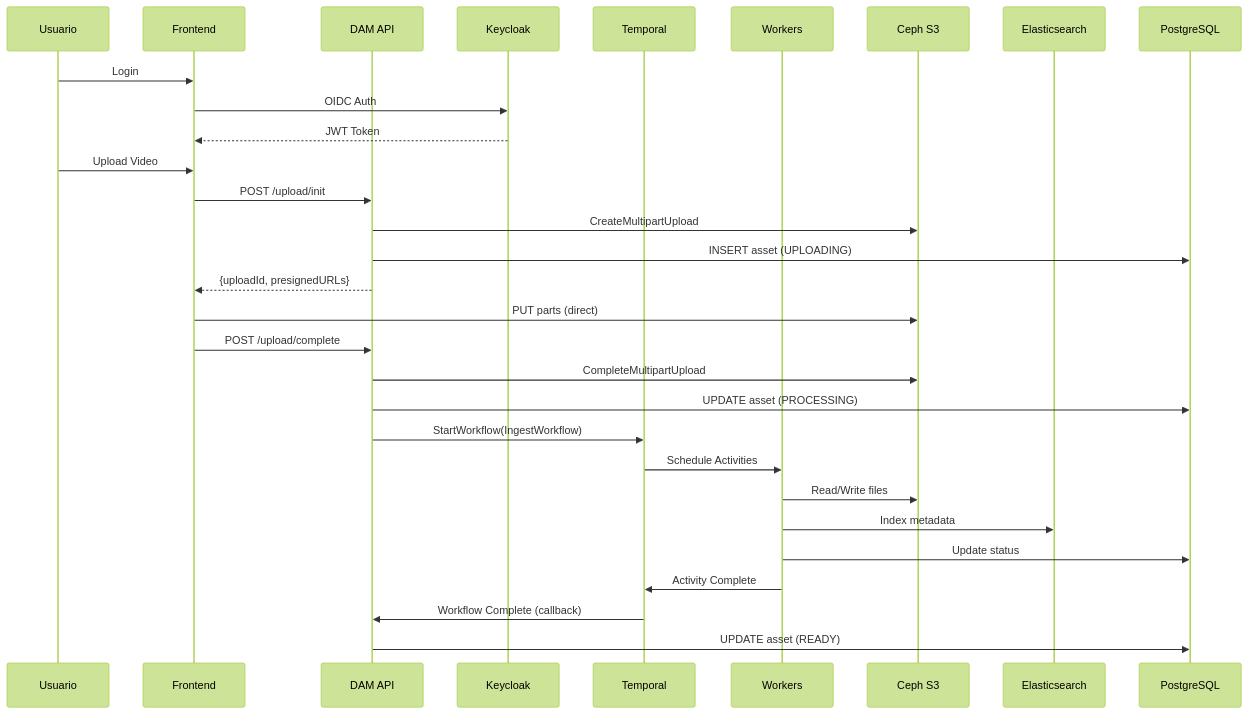
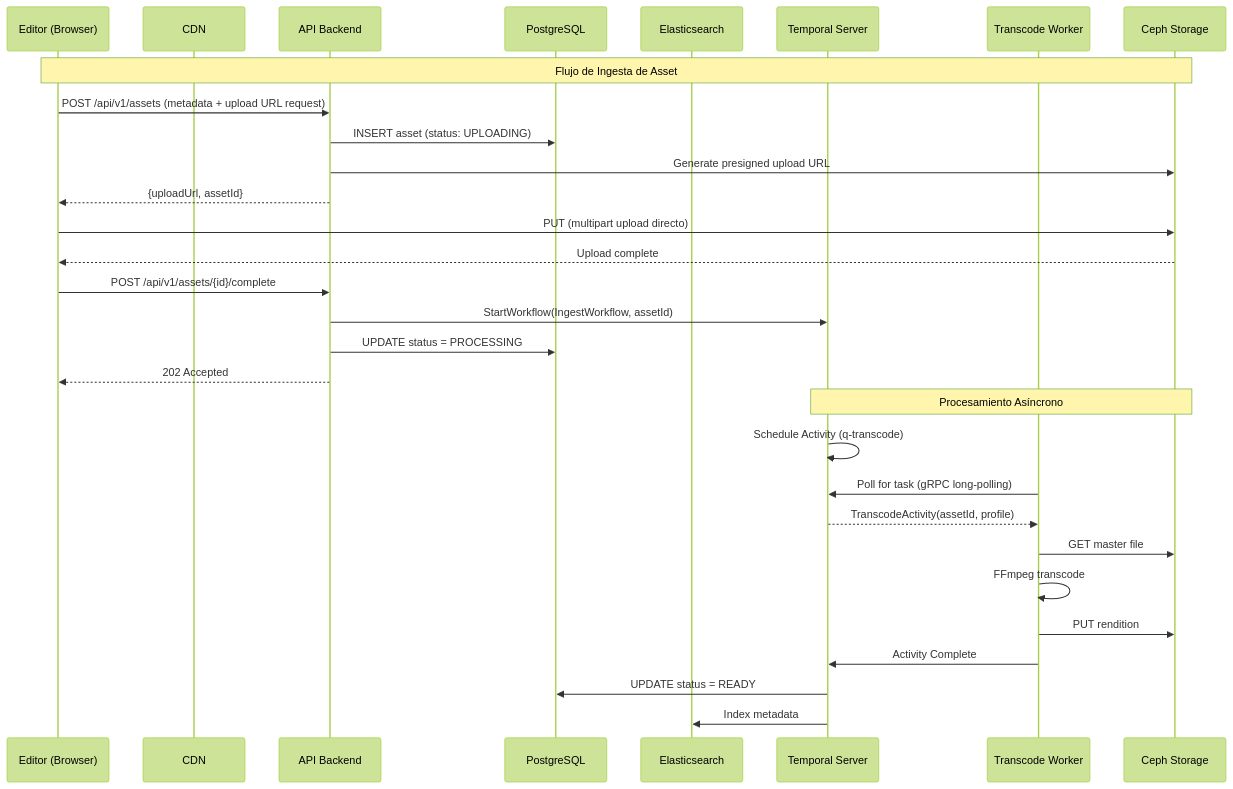
One commit to pi-na/tpe-inge2 changed the third of 9 diagrams in INFORME-FINAL.md. Above: the diagram before and after it, drawn with Mermaid (forest theme). The commit also changed other lines of this file, not shown here.

````diff
--- a/INFORME-FINAL.md
+++ b/INFORME-FINAL.md
@@ -541,37 +314,40 @@
 ```mermaid
 sequenceDiagram
-    participant U as Usuario
-    participant FE as Frontend
-    participant API as DAM API
-    participant KC as Keycloak
-    participant T as Temporal
-    participant W as Workers
-    participant S3 as Ceph S3
+    participant Editor as Editor (Browser)
+    participant CDN as CDN
+    participant API as API Backend
+    participant PG as PostgreSQL
     participant ES as Elasticsearch
-    participant DB as PostgreSQL
-
-    U->>FE: Login
-    FE->>KC: OIDC Auth
-    KC-->>FE: JWT Token
-    
-    U->>FE: Upload Video
-    FE->>API: POST /upload/init
-    API->>S3: CreateMultipartUpload
-    API->>DB: INSERT asset (UPLOADING)
-    API-->>FE: {uploadId, presignedURLs}
-    
-    FE->>S3: PUT parts (direct)
-    FE->>API: POST /upload/complete
-    API->>S3: CompleteMultipartUpload
-    API->>DB: UPDATE asset (PROCESSING)
-    API->>T: StartWorkflow(IngestWorkflow)
-    
-    T->>W: Schedule Activities
-    W->>S3: Read/Write files
-    W->>ES: Index metadata
-    W->>DB: Update status
-    W->>T: Activity Complete
-    
-    T->>API: Workflow Complete (callback)
-    API->>DB: UPDATE asset (READY)
+    participant Temporal as Temporal Server
+    participant Worker as Transcode Worker
+    participant Ceph as Ceph Storage
+  
+    Note over Editor,Ceph: Flujo de Ingesta de Asset
+  
+    Editor->>API: POST /api/v1/assets (metadata + upload URL request)
+    API->>PG: INSERT asset (status: UPLOADING)
+    API->>Ceph: Generate presigned upload URL
+    API-->>Editor: {uploadUrl, assetId}
+  
+    Editor->>Ceph: PUT (multipart upload directo)
+    Ceph-->>Editor: Upload complete
+  
+    Editor->>API: POST /api/v1/assets/{id}/complete
+    API->>Temporal: StartWorkflow(IngestWorkflow, assetId)
+    API->>PG: UPDATE status = PROCESSING
+    API-->>Editor: 202 Accepted
+  
+    Note over Temporal,Ceph: Procesamiento Asíncrono
+  
+    Temporal->>Temporal: Schedule Activity (q-transcode)
+    Worker->>Temporal: Poll for task (gRPC long-polling)
+    Temporal-->>Worker: TranscodeActivity(assetId, profile)
+  
+    Worker->>Ceph: GET master file
+    Worker->>Worker: FFmpeg transcode
+    Worker->>Ceph: PUT rendition
+    Worker->>Temporal: Activity Complete
+  
+    Temporal->>PG: UPDATE status = READY
+    Temporal->>ES: Index metadata
 ```
````
